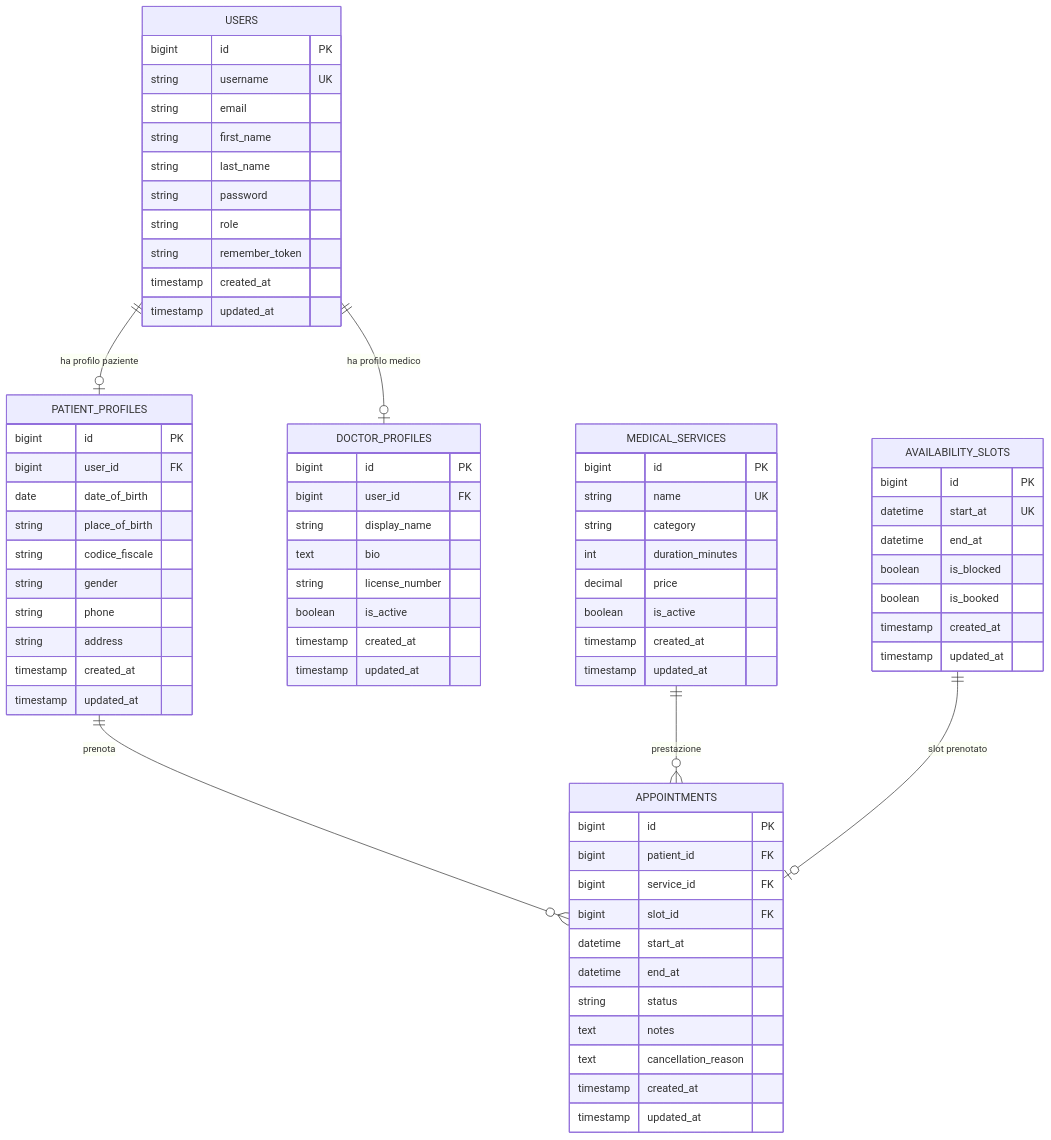
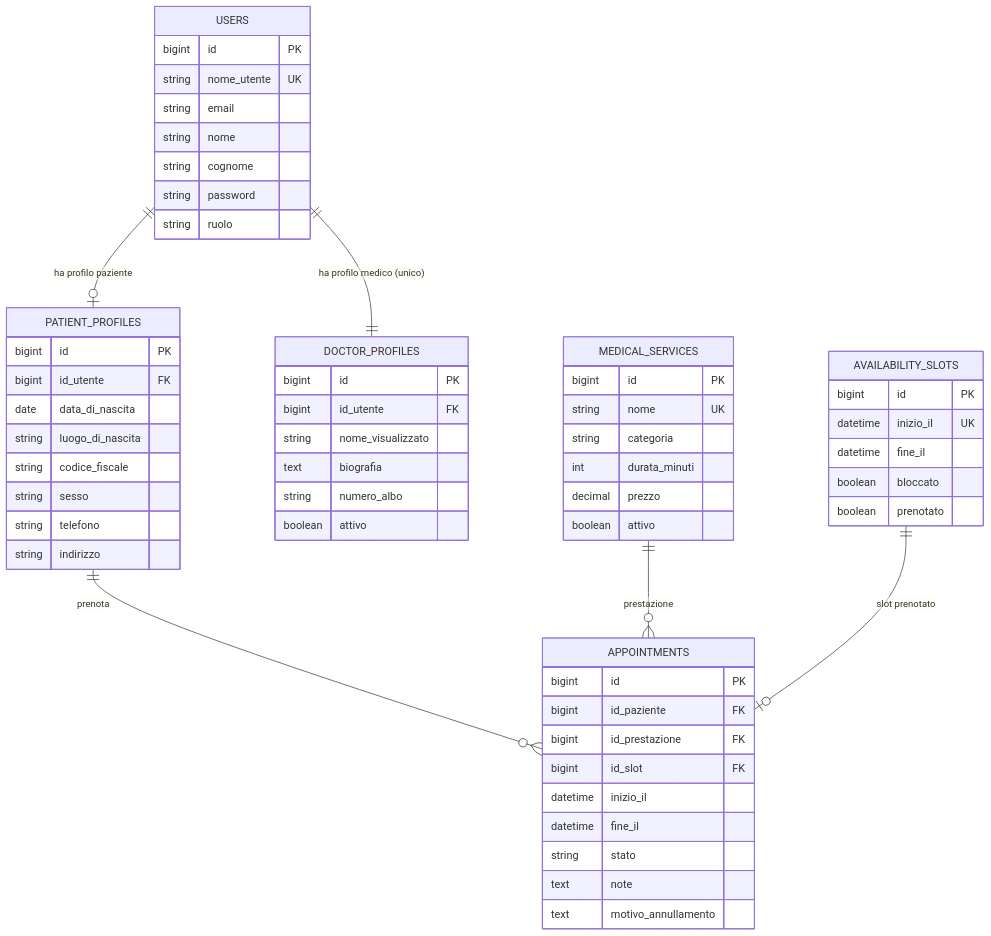
Before and after one commit to brahimgrr/Prenoting: the diagram in docs/er-diagram.md, drawn with Mermaid. The commit also changed other lines of this file and 2 other files, not shown here.

Commit message:
feat: add use cases and er diagrams

````diff
--- a/docs/er-diagram.md
+++ b/docs/er-diagram.md
@@ -5,80 +7,67 @@
 ```mermaid
 erDiagram
   USERS {
     bigint id PK
-    string username UK
+    string nome_utente UK
     string email
-    string first_name
-    string last_name
+    string nome
+    string cognome
     string password
-    string role
-    string remember_token
-    timestamp created_at
-    timestamp updated_at
+    string ruolo
   }
 
   PATIENT_PROFILES {
     bigint id PK
-    bigint user_id FK
-    date date_of_birth
-    string place_of_birth
+    bigint id_utente FK
+    date data_di_nascita
+    string luogo_di_nascita
     string codice_fiscale
-    string gender
-    string phone
-    string address
-    timestamp created_at
-    timestamp updated_at
+    string sesso
+    string telefono
+    string indirizzo
   }
 
   DOCTOR_PROFILES {
     bigint id PK
-    bigint user_id FK
-    string display_name
-    text bio
-    string license_number
-    boolean is_active
-    timestamp created_at
-    timestamp updated_at
+    bigint id_utente FK
+    string nome_visualizzato
+    text biografia
+    string numero_albo
+    boolean attivo
   }
 
   MEDICAL_SERVICES {
     bigint id PK
-    string name UK
-    string category
-    int duration_minutes
-    decimal price
-    boolean is_active
-    timestamp created_at
-    timestamp updated_at
+    string nome UK
+    string categoria
+    int durata_minuti
+    decimal prezzo
+    boolean attivo
   }
 
   AVAILABILITY_SLOTS {
     bigint id PK
-    datetime start_at UK
-    datetime end_at
-    boolean is_blocked
-    boolean is_booked
-    timestamp created_at
-    timestamp updated_at
+    datetime inizio_il UK
+    datetime fine_il
+    boolean bloccato
+    boolean prenotato
   }
 
   APPOINTMENTS {
     bigint id PK
-    bigint patient_id FK
-    bigint service_id FK
-    bigint slot_id FK
-    datetime start_at
-    datetime end_at
-    string status
-    text notes
-    text cancellation_reason
-    timestamp created_at
-    timestamp updated_at
+    bigint id_paziente FK
+    bigint id_prestazione FK
+    bigint id_slot FK
+    datetime inizio_il
+    datetime fine_il
+    string stato
+    text note
+    text motivo_annullamento
   }
 
   USERS ||--o| PATIENT_PROFILES : "ha profilo paziente"
-  USERS ||--o| DOCTOR_PROFILES : "ha profilo medico"
+  USERS ||--|| DOCTOR_PROFILES : "ha profilo medico (unico)"
   PATIENT_PROFILES ||--o{ APPOINTMENTS : "prenota"
   MEDICAL_SERVICES ||--o{ APPOINTMENTS : "prestazione"
   AVAILABILITY_SLOTS ||--o| APPOINTMENTS : "slot prenotato"
 ```
````
